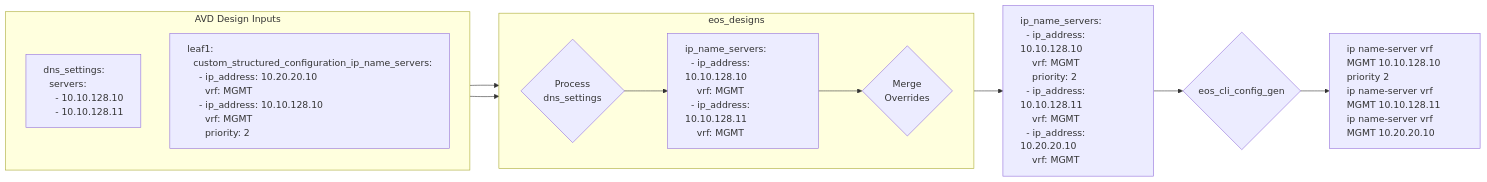
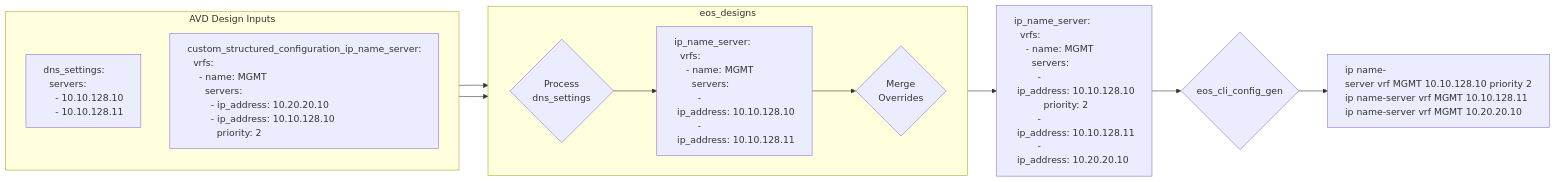
One commit to aristanetworks/avd changed the eighth of 8 diagrams in docs/getting-started/ansible-usage-patterns.md. Above: the diagram before and after it, drawn with Mermaid. The commit also changed other lines of this file, not shown here.

````diff
--- a/docs/getting-started/ansible-usage-patterns.md
+++ b/docs/getting-started/ansible-usage-patterns.md
@@ -299,26 +303,26 @@
 ```mermaid
 graph LR
     A1 --> B1
     A2 --> B4
-    B4 --> C["ip_name_servers:<br/>&nbsp;&nbsp;- ip_address: 10.10.128.10<br/>&nbsp;&nbsp;&nbsp;&nbsp;vrf: MGMT<br/>&nbsp;&nbsp;&nbsp;&nbsp;priority: 2<br/>&nbsp;&nbsp;- ip_address: 10.10.128.11<br/>&nbsp;&nbsp;&nbsp;&nbsp;vrf: MGMT<br/>&nbsp;&nbsp;- ip_address: 10.20.20.10<br/>&nbsp;&nbsp;&nbsp;&nbsp;vrf: MGMT"]
+    B4 --> C["ip_name_server:<br/>&nbsp;&nbsp;vrfs:<br/>&nbsp;&nbsp;&nbsp;&nbsp;-&nbsp;name:&nbsp;MGMT<br/>&nbsp;&nbsp;&nbsp;&nbsp;&nbsp;&nbsp;servers:<br/>&nbsp;&nbsp;&nbsp;&nbsp;&nbsp;&nbsp;&nbsp;&nbsp;-&nbsp;ip_address:&nbsp;10.10.128.10<br/>&nbsp;&nbsp;&nbsp;&nbsp;&nbsp;&nbsp;&nbsp;&nbsp;&nbsp;&nbsp;priority:&nbsp;2<br/>&nbsp;&nbsp;&nbsp;&nbsp;&nbsp;&nbsp;&nbsp;&nbsp;-&nbsp;ip_address:&nbsp;10.10.128.11<br/>&nbsp;&nbsp;&nbsp;&nbsp;&nbsp;&nbsp;&nbsp;&nbsp;-&nbsp;ip_address:&nbsp;10.20.20.10"]
     C --> D{eos_cli_config_gen}
-    D --> E["ip name-server vrf MGMT 10.10.128.10 priority 2<br/>ip name-server vrf MGMT 10.10.128.11<br/>ip name-server vrf MGMT 10.20.20.10"]
+    D --> E["ip&nbsp;name-server&nbsp;vrf&nbsp;MGMT&nbsp;10.10.128.10&nbsp;priority&nbsp;2<br/>ip&nbsp;name-server&nbsp;vrf&nbsp;MGMT&nbsp;10.10.128.11<br/>ip&nbsp;name-server&nbsp;vrf&nbsp;MGMT&nbsp;10.20.20.10"]
 
     subgraph A[AVD Design Inputs]
         direction TB
-        A1["dns_settings:<br/>&nbsp;&nbsp;servers:<br/>&nbsp;&nbsp;&nbsp;&nbsp;- 10.10.128.10<br/>&nbsp;&nbsp;&nbsp;&nbsp;- 10.10.128.11"]
-        A2["leaf1:<br/>&nbsp;&nbsp;custom_structured_configuration_ip_name_servers:<br/>&nbsp;&nbsp;&nbsp;&nbsp;- ip_address: 10.20.20.10<br/>&nbsp;&nbsp;&nbsp;&nbsp;&nbsp;&nbsp;vrf: MGMT<br/>&nbsp;&nbsp;&nbsp;&nbsp;- ip_address: 10.10.128.10<br/>&nbsp;&nbsp;&nbsp;&nbsp;&nbsp;&nbsp;vrf: MGMT<br/>&nbsp;&nbsp;&nbsp;&nbsp;&nbsp;&nbsp;priority: 2"]
+        A1["dns_settings:<br/>&nbsp;&nbsp;servers:<br/>&nbsp;&nbsp;&nbsp;&nbsp;-&nbsp;10.10.128.10<br/>&nbsp;&nbsp;&nbsp;&nbsp;-&nbsp;10.10.128.11"]
+        A2["custom_structured_configuration_ip_name_server:<br/>&nbsp;&nbsp;vrfs:<br/>&nbsp;&nbsp;&nbsp;&nbsp;-&nbsp;name:&nbsp;MGMT<br/>&nbsp;&nbsp;&nbsp;&nbsp;&nbsp;&nbsp;servers:<br/>&nbsp;&nbsp;&nbsp;&nbsp;&nbsp;&nbsp;&nbsp;&nbsp;-&nbsp;ip_address:&nbsp;10.20.20.10<br/>&nbsp;&nbsp;&nbsp;&nbsp;&nbsp;&nbsp;&nbsp;&nbsp;-&nbsp;ip_address:&nbsp;10.10.128.10<br/>&nbsp;&nbsp;&nbsp;&nbsp;&nbsp;&nbsp;&nbsp;&nbsp;&nbsp;&nbsp;priority:&nbsp;2"]
     end
 
     subgraph B[eos_designs]
         direction LR
-        B1{Process<br/>dns_settings} --> B2["ip_name_servers:<br/>&nbsp;&nbsp;- ip_address: 10.10.128.10<br/>&nbsp;&nbsp;&nbsp;&nbsp;vrf: MGMT<br/>&nbsp;&nbsp;- ip_address: 10.10.128.11<br/>&nbsp;&nbsp;&nbsp;&nbsp;vrf: MGMT"]
+        B1{Process<br/>dns_settings} --> B2["ip_name_server:<br/>&nbsp;&nbsp;vrfs:<br/>&nbsp;&nbsp;&nbsp;&nbsp;-&nbsp;name:&nbsp;MGMT<br/>&nbsp;&nbsp;&nbsp;&nbsp;&nbsp;&nbsp;servers:<br/>&nbsp;&nbsp;&nbsp;&nbsp;&nbsp;&nbsp;&nbsp;&nbsp;-&nbsp;ip_address:&nbsp;10.10.128.10<br/>&nbsp;&nbsp;&nbsp;&nbsp;&nbsp;&nbsp;&nbsp;&nbsp;-&nbsp;ip_address:&nbsp;10.10.128.11"]
         B2 --> B4{Merge<br/>Overrides}
     end
 
     style A1 text-align:left
     style A2 text-align:left
     style B2 text-align:left
     style C text-align:left
     style E text-align:left
 ```
````
